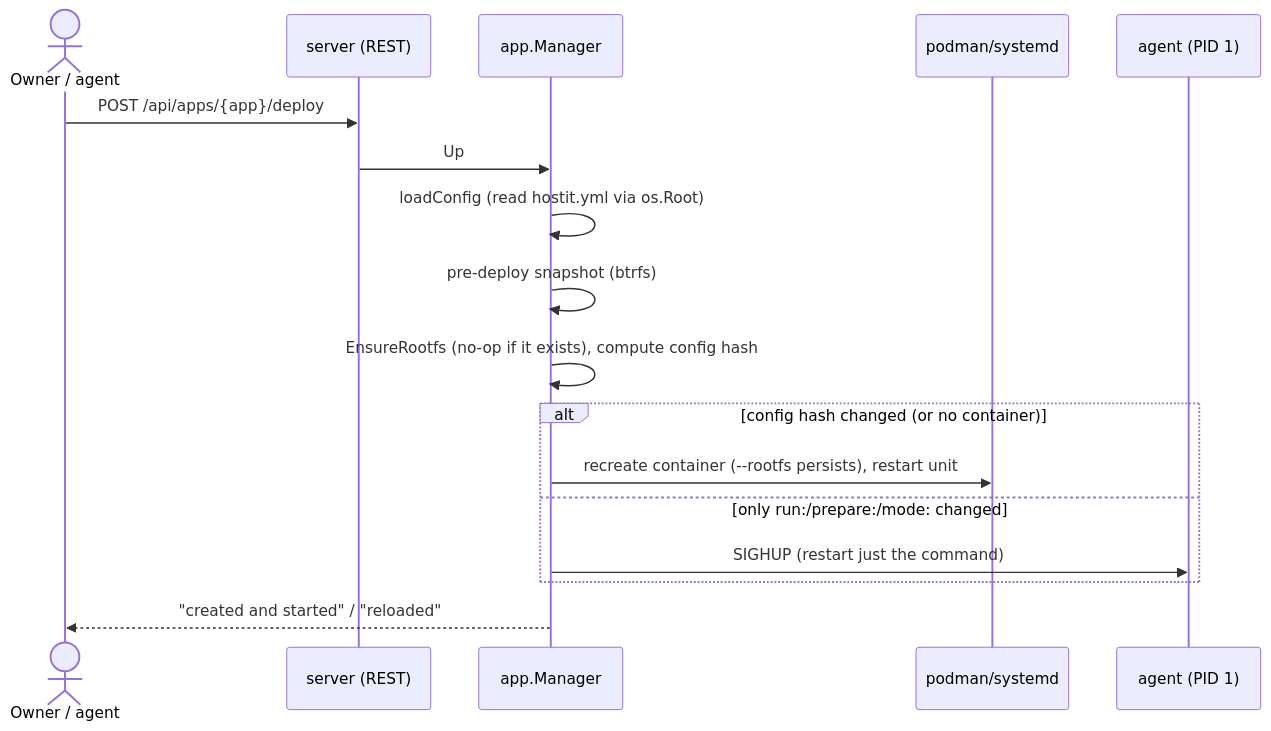
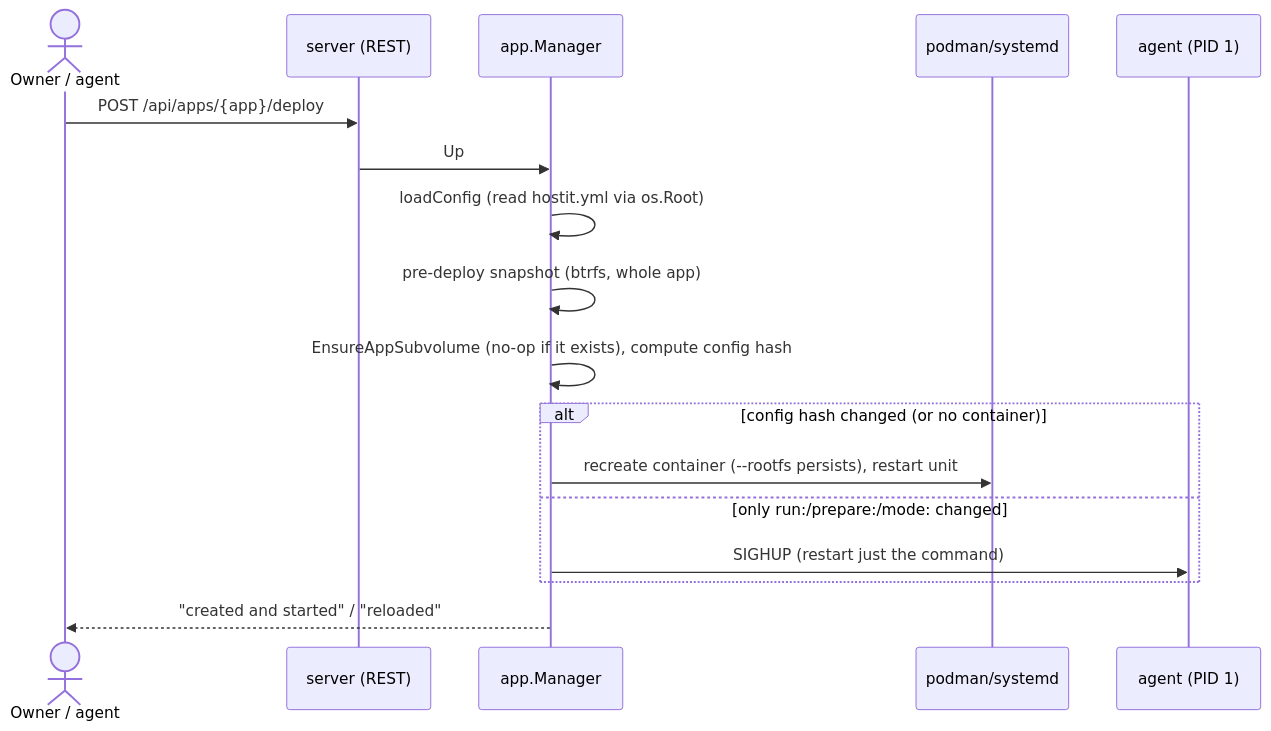
One commit to binwiederhier/hostit changed the sixth of 9 diagrams in docs/slides/presentations/tech-overview.md. Above: the diagram before and after it, drawn with Mermaid. The commit also changed other lines of this file and 21 other files, not shown here.

````diff
--- a/docs/slides/presentations/tech-overview.md
+++ b/docs/slides/presentations/tech-overview.md
@@ -294,19 +293,19 @@
 ```mermaid {scale: 0.5}
 sequenceDiagram
     actor Dev as Owner / agent
     participant S as server (REST)
     participant M as app.Manager
     participant Pod as podman/systemd
     participant Ag as agent (PID 1)
     Dev->>S: POST /api/apps/{app}/deploy
     S->>M: Up
     M->>M: loadConfig (read hostit.yml via os.Root)
-    M->>M: pre-deploy snapshot (btrfs)
-    M->>M: EnsureRootfs (no-op if it exists), compute config hash
+    M->>M: pre-deploy snapshot (btrfs, whole app)
+    M->>M: EnsureAppSubvolume (no-op if it exists), compute config hash
     alt config hash changed (or no container)
         M->>Pod: recreate container (--rootfs persists), restart unit
     else only run:/prepare:/mode: changed
         M->>Ag: SIGHUP (restart just the command)
     end
     M-->>Dev: "created and started" / "reloaded"
 ```
````
